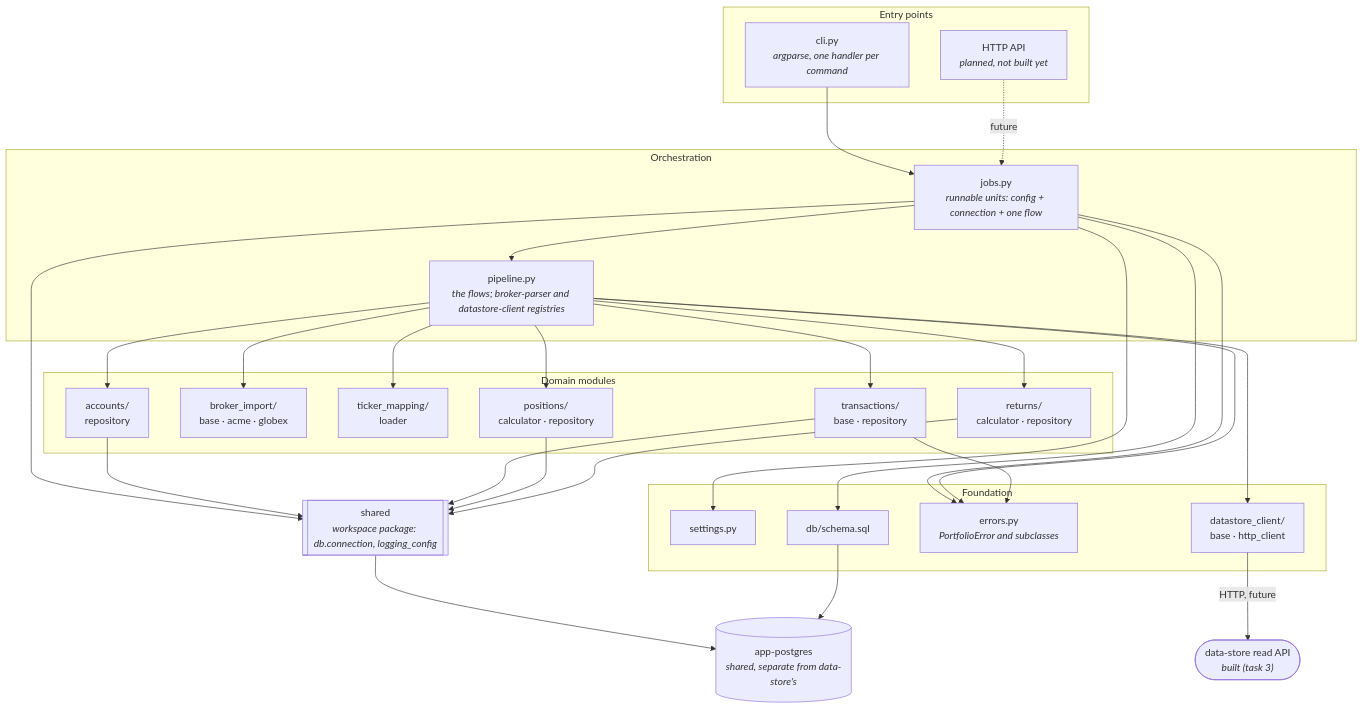
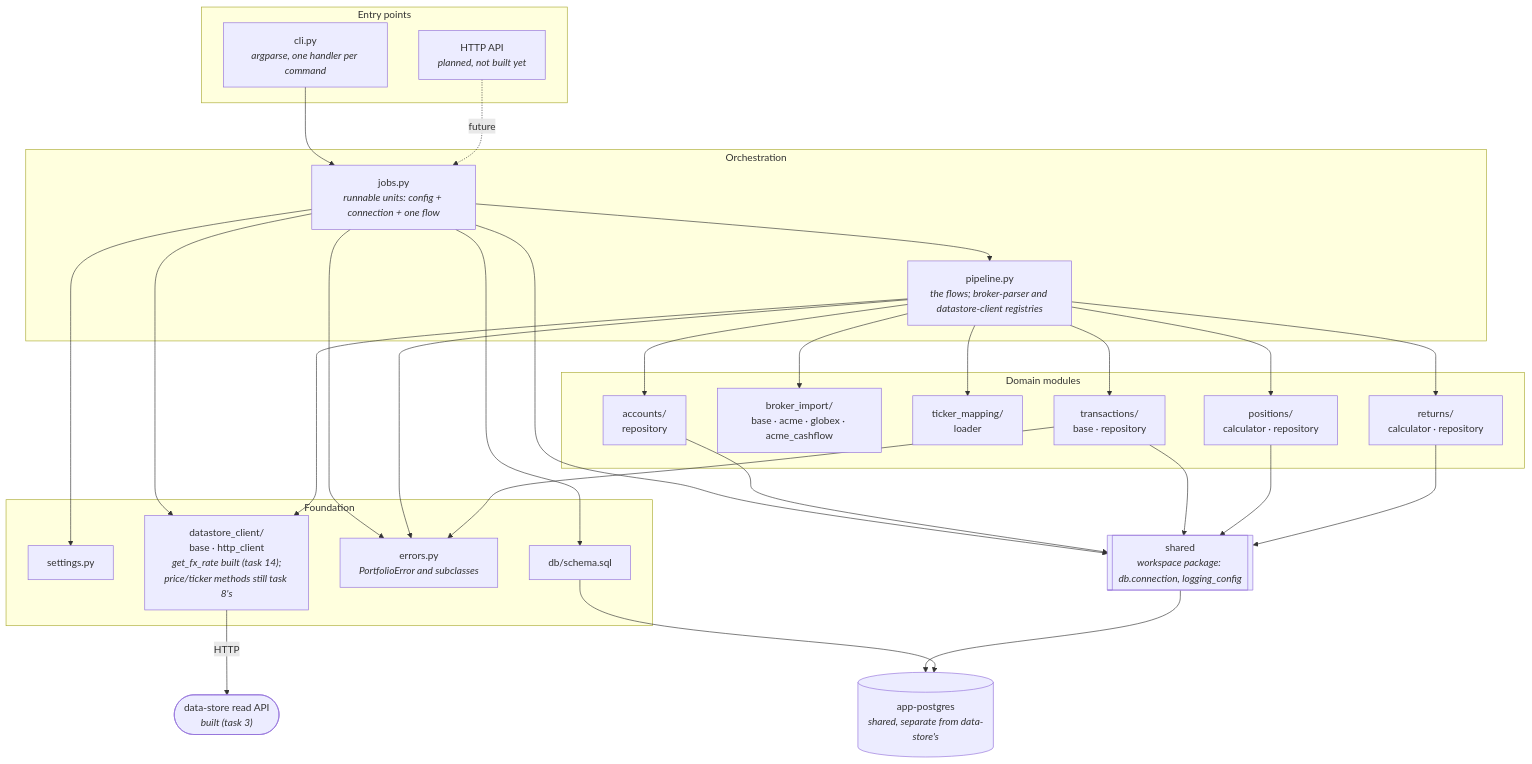
One commit to jpedropereira/Stakehold changed the first of 2 diagrams in services/portfolio/docs/architecture.md. Above: the diagram before and after it, drawn with Mermaid. The commit also changed other lines of this file and 33 other files, not shown here.

````diff
--- a/services/portfolio/docs/architecture.md
+++ b/services/portfolio/docs/architecture.md
@@ -55,56 +55,57 @@
 ```mermaid
 flowchart TD
     subgraph entry["Entry points"]
         CLI["cli.py<br/><i>argparse, one handler per command</i>"]
         API["HTTP API<br/><i>planned, not built yet</i>"]
     end
 
     subgraph orch["Orchestration"]
         JOBS["jobs.py<br/><i>runnable units: config + connection + one flow</i>"]
         PIPE["pipeline.py<br/><i>the flows; broker-parser and datastore-client registries</i>"]
     end
 
     subgraph domain["Domain modules"]
         ACC["accounts/<br/>repository"]
-        IMP["broker_import/<br/>base · acme · globex"]
+        IMP["broker_import/<br/>base · acme · globex · acme_cashflow"]
         MAP["ticker_mapping/<br/>loader"]
         TXN["transactions/<br/>base · repository"]
         POS["positions/<br/>calculator · repository"]
         RET["returns/<br/>calculator · repository"]
     end
 
     subgraph found["Foundation"]
         SET["settings.py"]
         DB["db/schema.sql"]
         ERR["errors.py<br/><i>PortfolioError and subclasses</i>"]
-        DSC["datastore_client/<br/>base · http_client"]
+        DSC["datastore_client/<br/>base · http_client<br/><i>get_fx_rate built (task 14);<br/>price/ticker methods still task 8's</i>"]
     end
 
     SH[["shared<br/><i>workspace package: db.connection, logging_config</i>"]]
     PG[("app-postgres<br/><i>shared, separate from data-store's</i>")]
     DSAPI(["data-store read API<br/><i>built (task 3)</i>"])
 
     CLI --> JOBS
     API -.future.-> JOBS
     JOBS --> PIPE
     JOBS --> SET
     JOBS --> DB
     JOBS --> ERR
+    JOBS --> DSC
     PIPE --> ACC
     PIPE --> IMP
     PIPE --> MAP
     PIPE --> TXN
     PIPE --> POS
     PIPE --> RET
     PIPE --> DSC
     PIPE --> ERR
     TXN --> ERR
     JOBS --> SH
     ACC --> SH
     TXN --> SH
     POS --> SH
     RET --> SH
     SH --> PG
     DB --> PG
-    DSC -->|HTTP, future| DSAPI
+    DSC -->|HTTP| DSAPI
 ```
````
